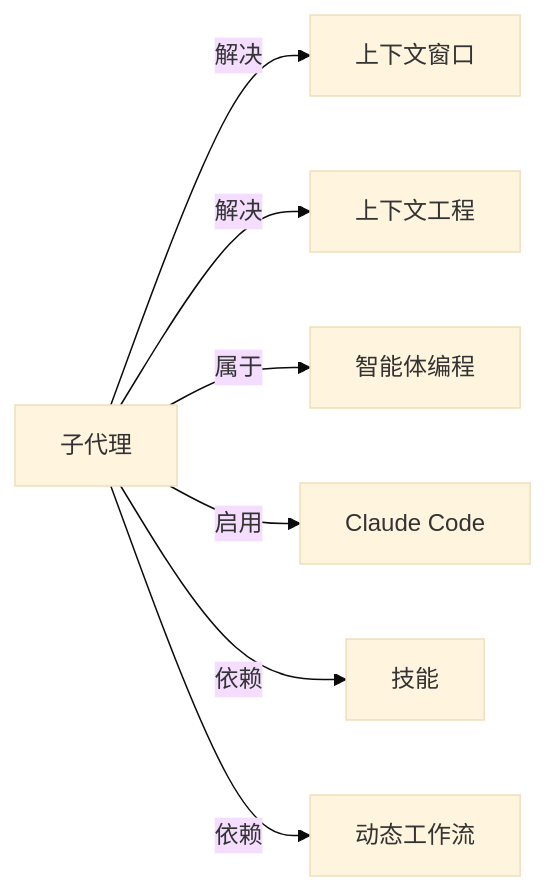
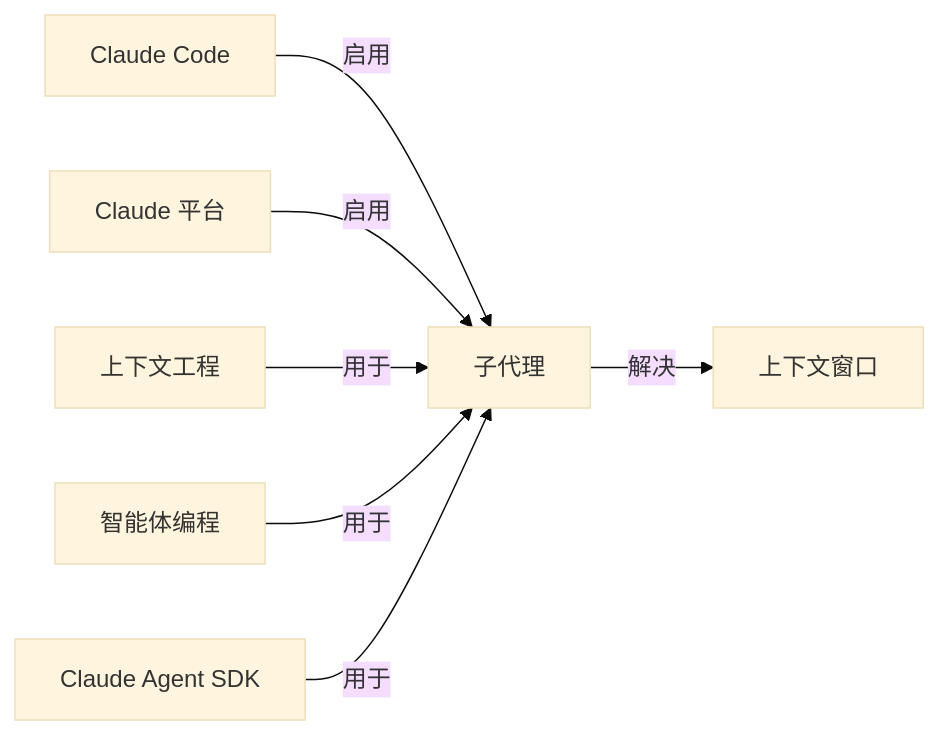
Before and after one commit to yibie/claude-best-practices-zh: the diagram in wiki/子代理.md, drawn with Mermaid (base theme). The commit also changed other lines of this file and 407 other files, not shown here.

Commit message:
feat: DeepSeek 三遍审校（译文/关系/图谱）+ 可部署静态站点

````diff
--- a/wiki/子代理.md
+++ b/wiki/子代理.md
@@ -48,10 +51,10 @@
 ```mermaid
 graph LR
   C["子代理"]
-  C -->|解决| N0["上下文窗口"]
-  C -->|解决| N1["上下文工程"]
-  C -->|属于| N2["智能体编程"]
-  C -->|启用| N3["Claude Code"]
-  C -->|依赖| N4["技能"]
-  C -->|依赖| N5["动态工作流"]
+  N0["Claude Code"] -->|启用| C
+  N1["Claude 平台"] -->|启用| C
+  N2["上下文工程"] -->|用于| C
+  C -->|解决| N3["上下文窗口"]
+  N4["智能体编程"] -->|用于| C
+  N5["Claude Agent SDK"] -->|用于| C
 ```
````
